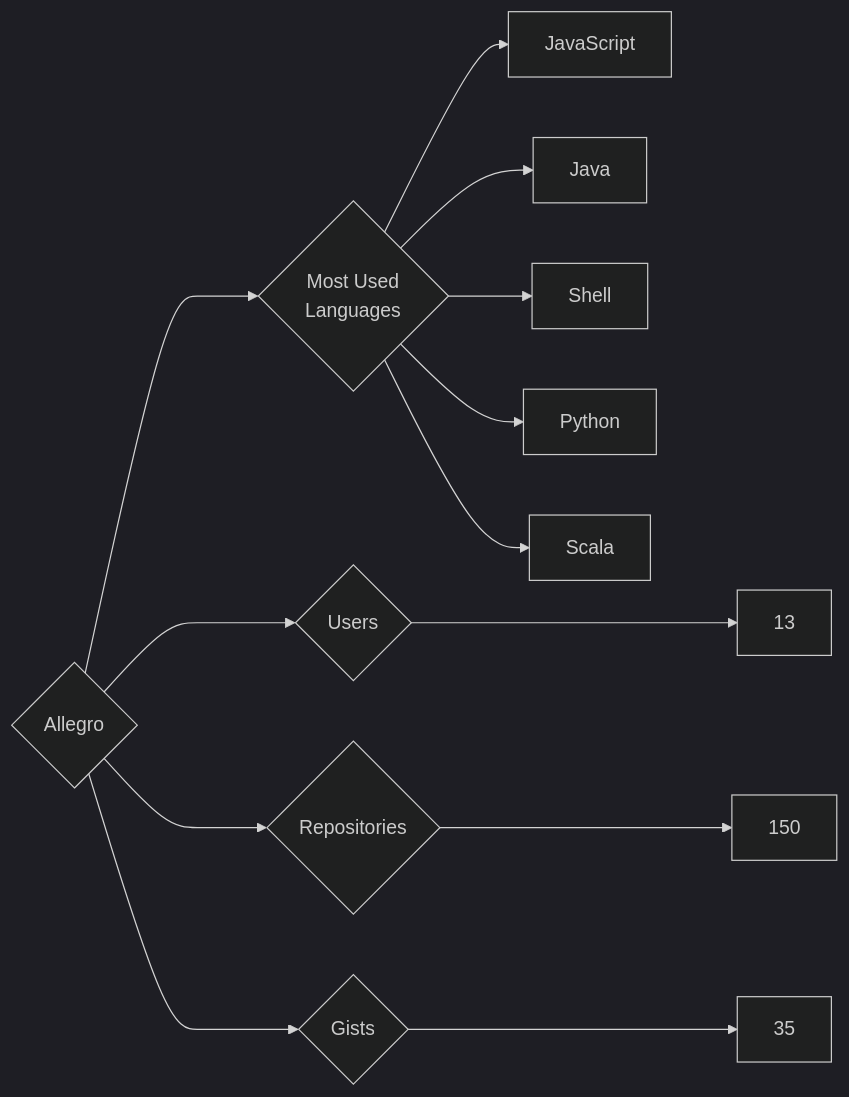
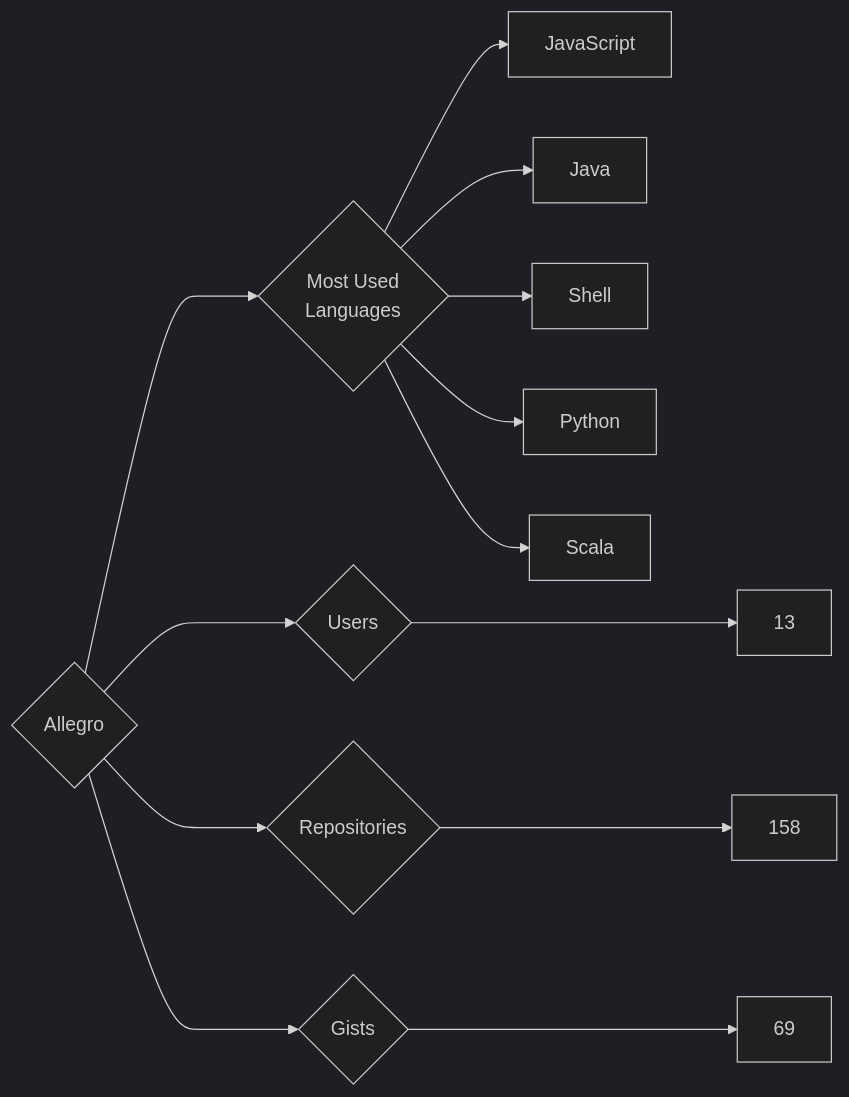
One commit to trickest/insiders changed the diagram in targets/Allegro/README.md. Above: the diagram before and after it, drawn with Mermaid (dark theme). The commit also changed 899 other files, not shown here.

````diff
--- a/targets/Allegro/README.md
+++ b/targets/Allegro/README.md
@@ -3,13 +3,13 @@
 ```mermaid
 graph LR
 COMPANY_NAME{Allegro}
 COMPANY_NAME ---> U{Users} ---> UN[13]
-COMPANY_NAME ---> R{Repositories} ---> RN[150]
-COMPANY_NAME ---> G{Gists} ---> GN[35]
+COMPANY_NAME ---> R{Repositories} ---> RN[158]
+COMPANY_NAME ---> G{Gists} ---> GN[69]
 COMPANY_NAME ---> ML{Most Used<br>Languages}
 ML --> JavaScript[JavaScript]
 ML --> Java[Java]
 ML --> Shell[Shell]
 ML --> Python[Python]
 ML --> Scala[Scala]
 ```
````
